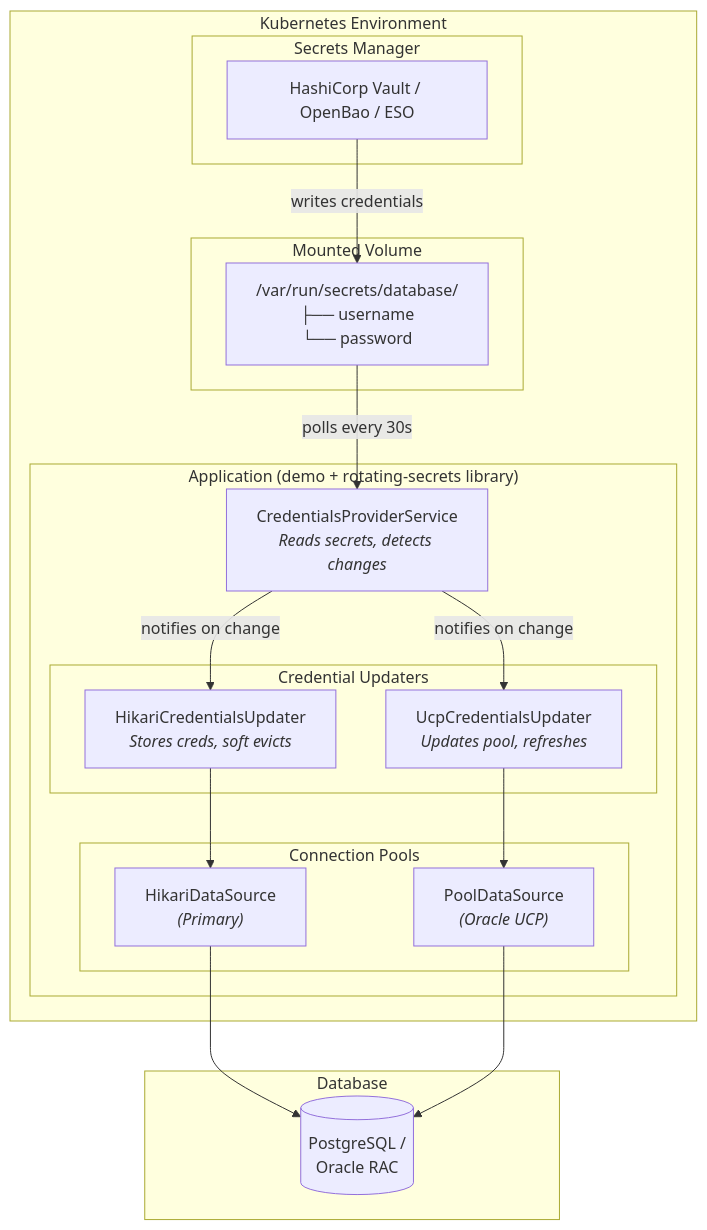
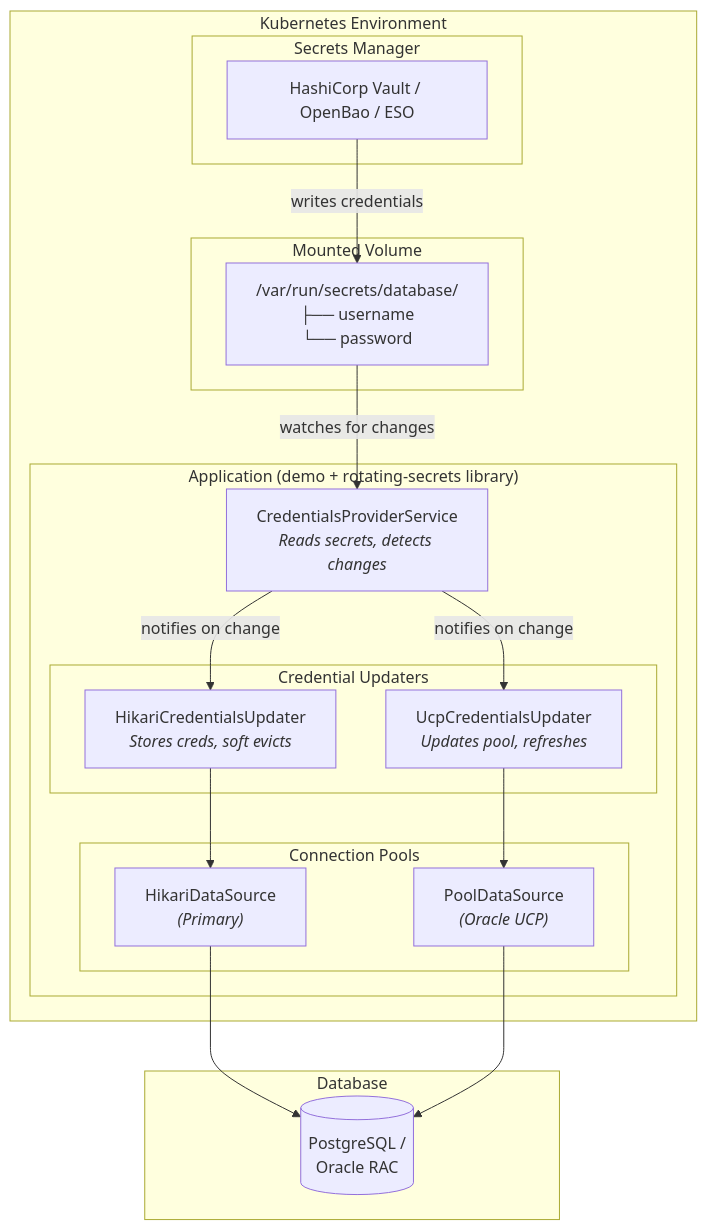
Before and after one commit to bhanafee/RotatingSecrets: the third of 4 diagrams in README.md, drawn with Mermaid. The commit also changed other lines of this file, not shown here.

````diff
--- a/README.md
+++ b/README.md
@@ -139,41 +139,41 @@
 ```mermaid
 flowchart TB
     subgraph K8s["Kubernetes Environment"]
         subgraph Secrets["Secrets Manager"]
             Vault["HashiCorp Vault / OpenBao / ESO"]
         end
 
         subgraph Volume["Mounted Volume"]
             SecretFiles["/var/run/secrets/database/<br/>├── username<br/>└── password"]
         end
 
         Vault -->|"writes credentials"| SecretFiles
 
         subgraph App["Application (demo + rotating-secrets library)"]
             CPS["CredentialsProviderService<br/><i>Reads secrets, detects changes</i>"]
 
             subgraph Updaters["Credential Updaters"]
                 HCU["HikariCredentialsUpdater<br/><i>Stores creds, soft evicts</i>"]
                 UCU["UcpCredentialsUpdater<br/><i>Updates pool, refreshes</i>"]
             end
 
             subgraph Pools["Connection Pools"]
                 HDS["HikariDataSource<br/><i>(Primary)</i>"]
                 PDS["PoolDataSource<br/><i>(Oracle UCP)</i>"]
             end
 
-            SecretFiles -->|"polls every 30s"| CPS
+            SecretFiles -->|"watches for changes"| CPS
             CPS -->|"notifies on change"| HCU
             CPS -->|"notifies on change"| UCU
             HCU --> HDS
             UCU --> PDS
         end
     end
 
     subgraph DB["Database"]
         Database[("PostgreSQL /<br/>Oracle RAC")]
     end
 
     HDS --> Database
     PDS --> Database
 ```
````
